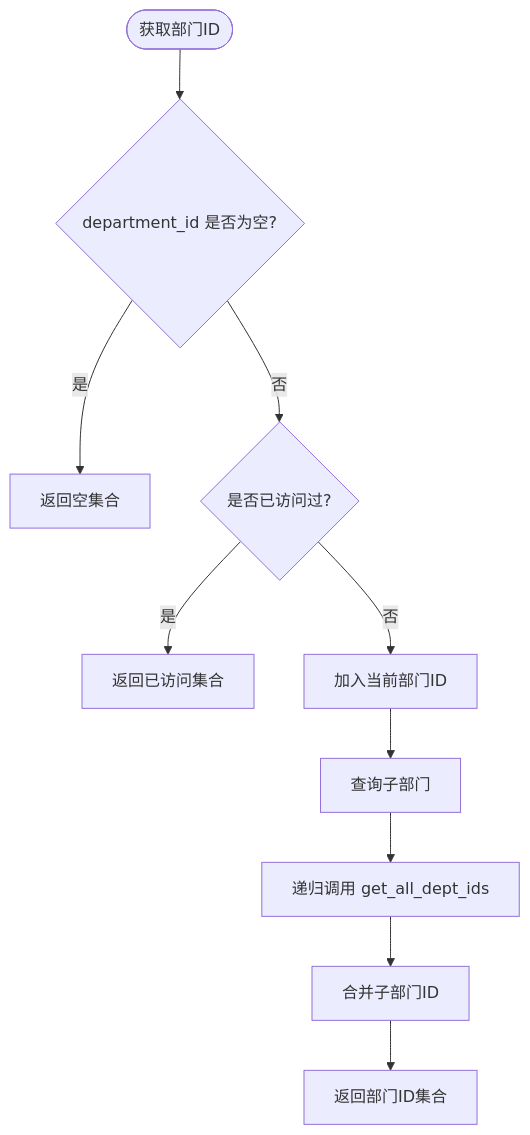
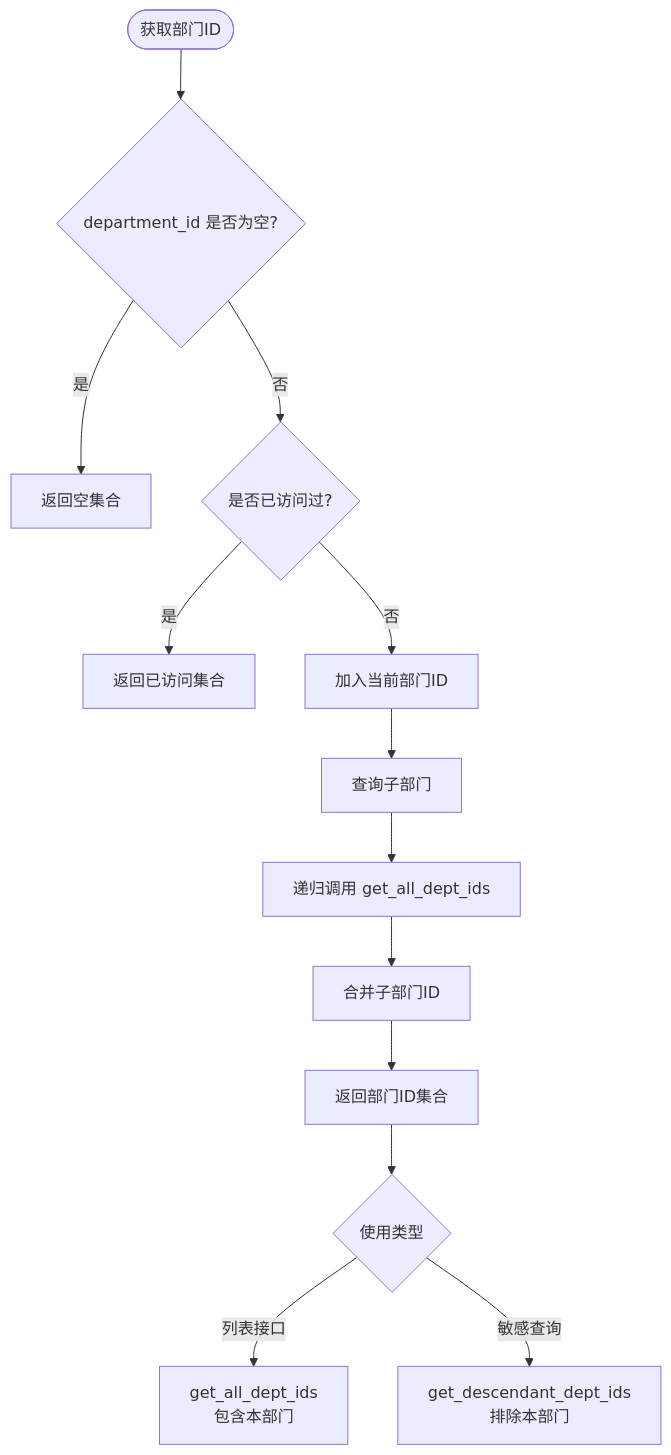
The fifth of 10 diagrams in .qoder/repowiki/zh/content/系统架构/安全架构设计/数据隔离机制.md (xgd561/performance_evaluation_system), drawn with Mermaid before and after one commit. The commit also changed other lines of this file and 136 other files, not shown here.

````diff
--- a/.qoder/repowiki/zh/content/系统架构/安全架构设计/数据隔离机制.md
+++ b/.qoder/repowiki/zh/content/系统架构/安全架构设计/数据隔离机制.md
@@ -205,12 +234,15 @@
 ```mermaid
 flowchart TD
 Start(["获取部门ID"]) --> CheckNone{"department_id 是否为空?"}
 CheckNone --> |是| ReturnEmpty["返回空集合"]
 CheckNone --> |否| VisitCheck{"是否已访问过?"}
 VisitCheck --> |是| ReturnSet["返回已访问集合"]
 VisitCheck --> |否| AddCurrent["加入当前部门ID"]
 AddCurrent --> QueryChildren["查询子部门"]
 QueryChildren --> Recurse["递归调用 get_all_dept_ids"]
 Recurse --> Merge["合并子部门ID"]
 Merge --> ReturnResult["返回部门ID集合"]
+ReturnResult --> TypeCheck{"使用类型"}
+TypeCheck --> |列表接口| AllDepts["get_all_dept_ids<br/>包含本部门"]
+TypeCheck --> |敏感查询| DescendantDepts["get_descendant_dept_ids<br/>排除本部门"]
 ```
````
